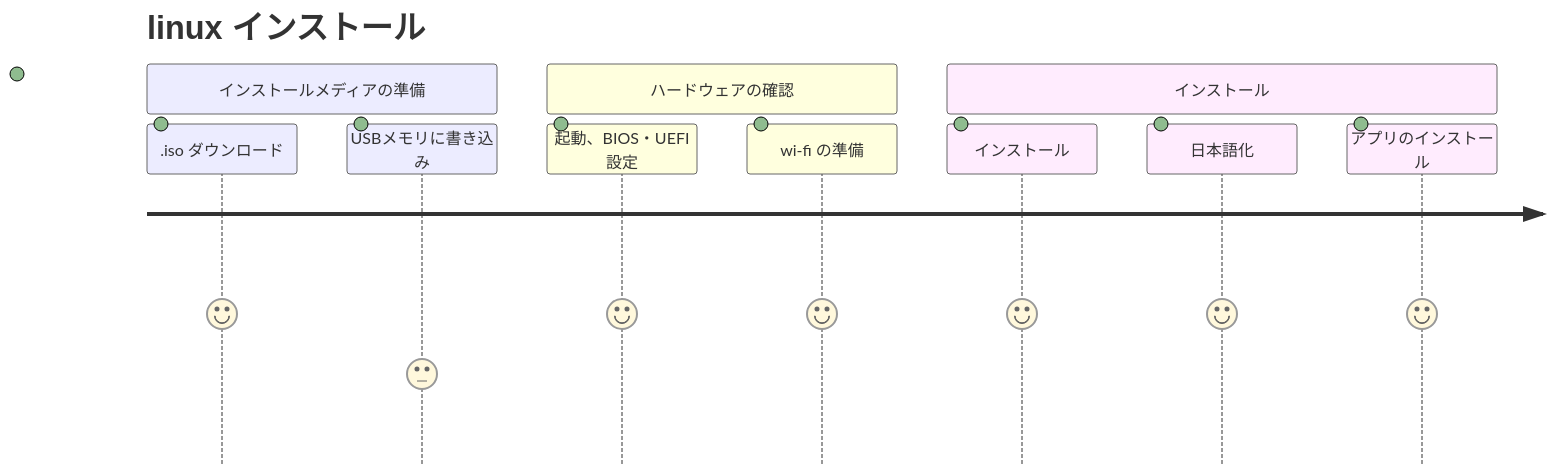
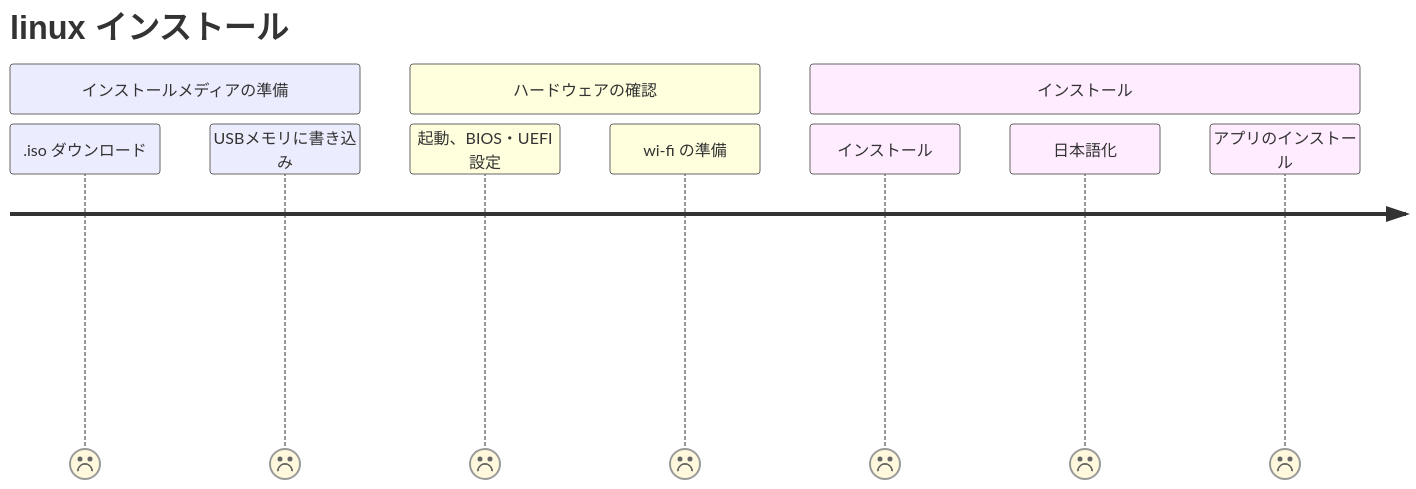
Before and after one commit to hobby-pc2026/linux-install: the diagram in linux-install-02.md, drawn with Mermaid.

````diff
--- a/linux-install-02.md
+++ b/linux-install-02.md
@@ -2,15 +2,15 @@
 ```mermaid
 
 journey
     title linux インストール
     section インストールメディアの準備
-      .iso ダウンロード: 5: 
-      USBメモリに書き込み: 3: 
+      .iso ダウンロード:  
+      USBメモリに書き込み: 
     section ハードウェアの確認
-      起動、BIOS・UEFI設定: 5: 
-      wi-fi の準備: 5: 
+      起動、BIOS・UEFI設定: 
+      wi-fi の準備: 
     section インストール
-      インストール: 5: 
-      日本語化: 5: 
-      アプリのインストール: 5: 
+      インストール:  
+      日本語化: 
+      アプリのインストール: 
 ```
````
